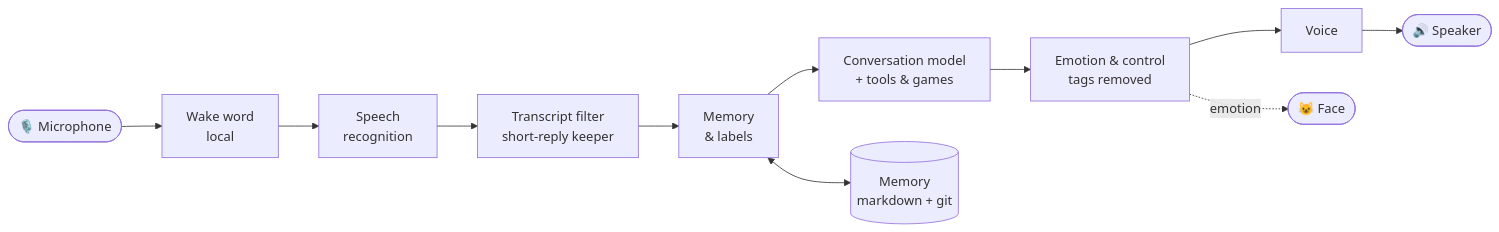
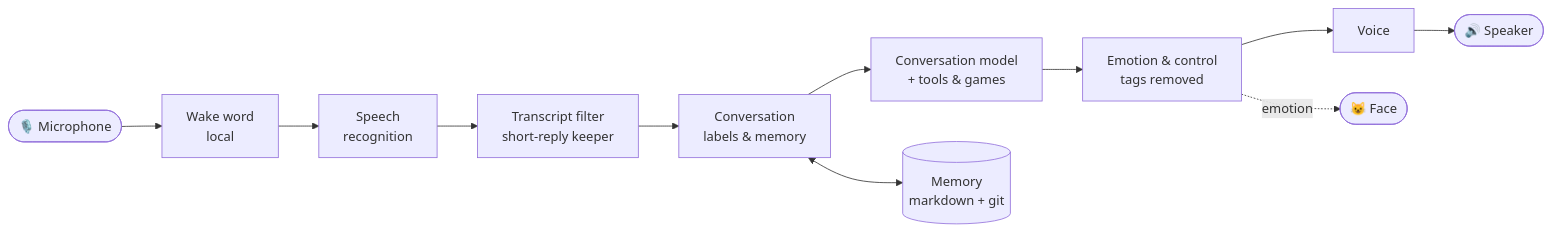
One commit to BenTeoNeb/aipet changed the diagram in README.md. Above: the diagram before and after it, drawn with Mermaid. The commit also changed other lines of this file and 22 other files, not shown here.

First line of the commit message:
Refactor: split MemoryKeeper; Conversation coordinates small parts

````diff
--- a/README.md
+++ b/README.md
@@ -121,13 +121,13 @@
 ```mermaid
 flowchart LR
     mic([🎙️ Microphone]) --> wake[Wake word<br/>local]
     wake --> stt[Speech<br/>recognition]
     stt --> filter[Transcript filter<br/>short-reply keeper]
-    filter --> mem[Memory<br/>& labels]
+    filter --> mem[Conversation<br/>labels & memory]
     mem --> llm[Conversation model<br/>+ tools & games]
     llm --> tags[Emotion & control<br/>tags removed]
     tags --> tts[Voice]
     tts --> spk([🔊 Speaker])
     tags -. emotion .-> face([😺 Face])
     mem <--> store[(Memory<br/>markdown + git)]
 ```
````
